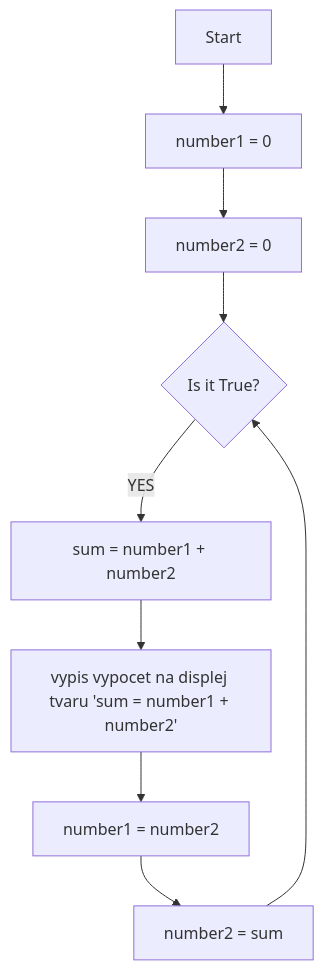
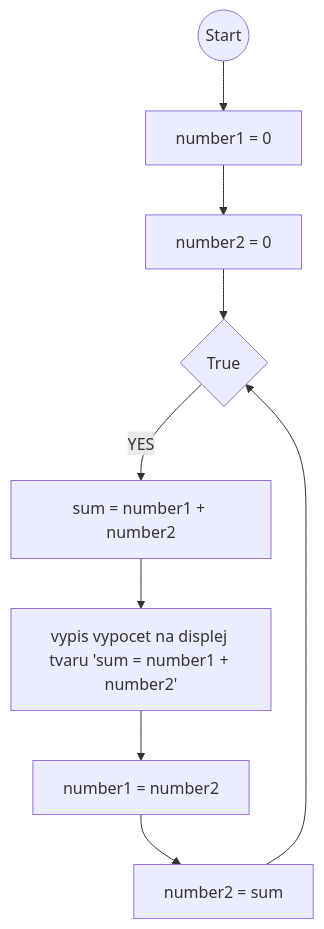
One commit to denisa-mat/BP-microbit changed the first of 2 diagrams in README.md. Above: the diagram before and after it, drawn with Mermaid. The commit also changed other lines of this file, not shown here.

````diff
--- a/README.md
+++ b/README.md
@@ -84,11 +90,11 @@
 ```mermaid
   graph TD;
-      A[Start] --> B[number1 = 0];
+      A((Start)) --> B[number1 = 0];
       B --> C[number2 = 0];
-      C --> D{Is it True?};
+      C --> D{True};
       D -- YES --> E[sum = number1 + number2];
           E --> F[vypis vypocet na displej tvaru 'sum = number1 + number2'];
           F --> G[number1 = number2];
           G --> H[number2 = sum];
           H --> D;
 ```
````
